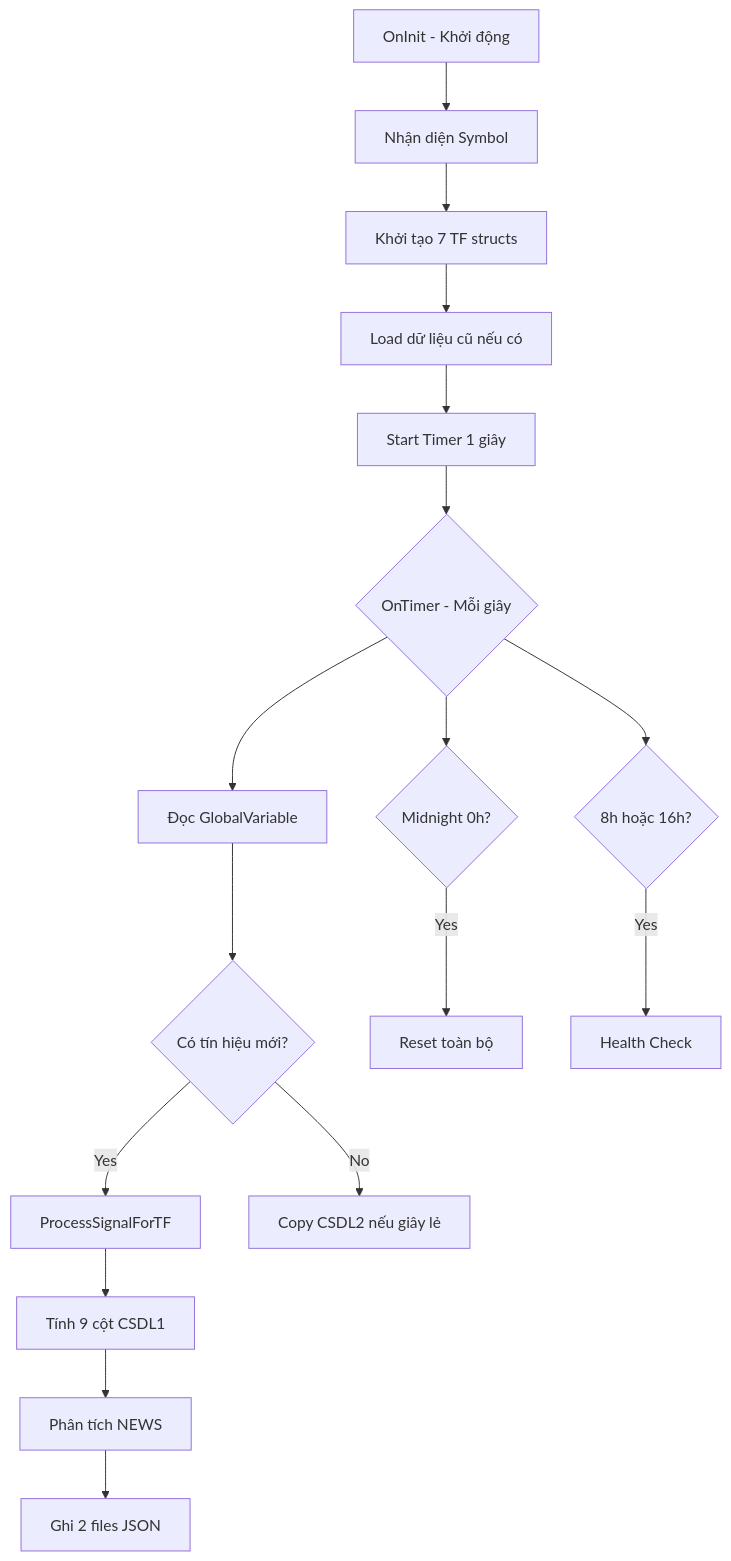
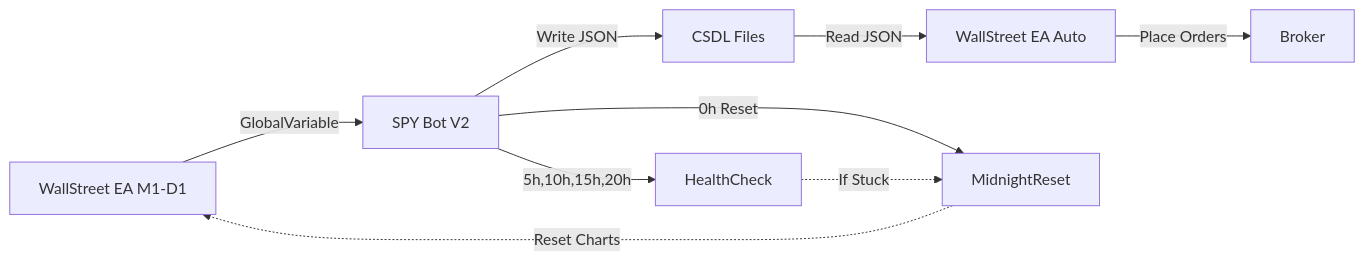
One commit to dungoner/Multi-Trading-Bot-Oner_2025 changed the diagram in README.md. Above: the diagram before and after it, drawn with Mermaid. The commit also changed other lines of this file, not shown here.

First line of the commit message:
docs: Cập nhật README.md - Sơ đồ hệ thống 2-bot hoàn chỉnh

````diff
--- a/README.md
+++ b/README.md
@@ -20,24 +110,12 @@
 ```mermaid
-flowchart TD
-    A[OnInit - Khởi động] --> B[Nhận diện Symbol]
-    B --> C[Khởi tạo 7 TF structs]
-    C --> D[Load dữ liệu cũ nếu có]
-    D --> E[Start Timer 1 giây]
-    
-    E --> F{OnTimer - Mỗi giây}
-    F --> G[Đọc GlobalVariable]
-    G --> H{Có tín hiệu mới?}
-    
-    H -->|Yes| I[ProcessSignalForTF]
-    I --> J[Tính 9 cột CSDL1]
-    J --> K[Phân tích NEWS]
-    K --> L[Ghi 2 files JSON]
-    
-    H -->|No| M[Copy CSDL2 nếu giây lẻ]
-    
-    F --> N{Midnight 0h?}
-    N -->|Yes| O[Reset toàn bộ]
-    
-    F --> P{8h hoặc 16h?}
-    P -->|Yes| Q[Health Check]
+flowchart LR
+    A[WallStreet EA M1-D1] -->|GlobalVariable| B[SPY Bot V2]
+    B -->|Write JSON| C[CSDL Files]
+    C -->|Read JSON| D[WallStreet EA Auto]
+    D -->|Place Orders| E[Broker]
+
+    B -->|0h Reset| F[MidnightReset]
+    B -->|5h,10h,15h,20h| G[HealthCheck]
+    F -.->|Reset Charts| A
+    G -.->|If Stuck| F
 ```
````
